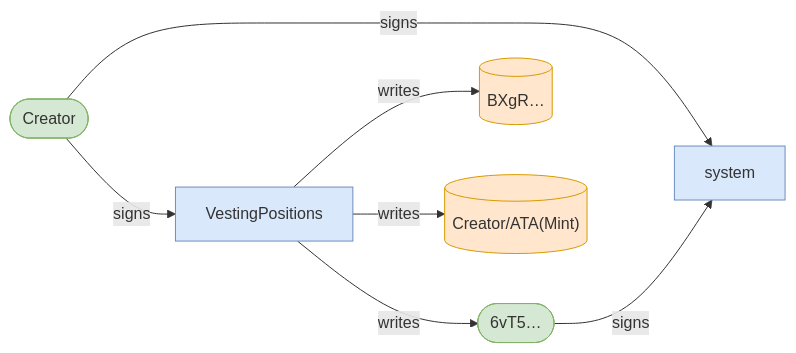
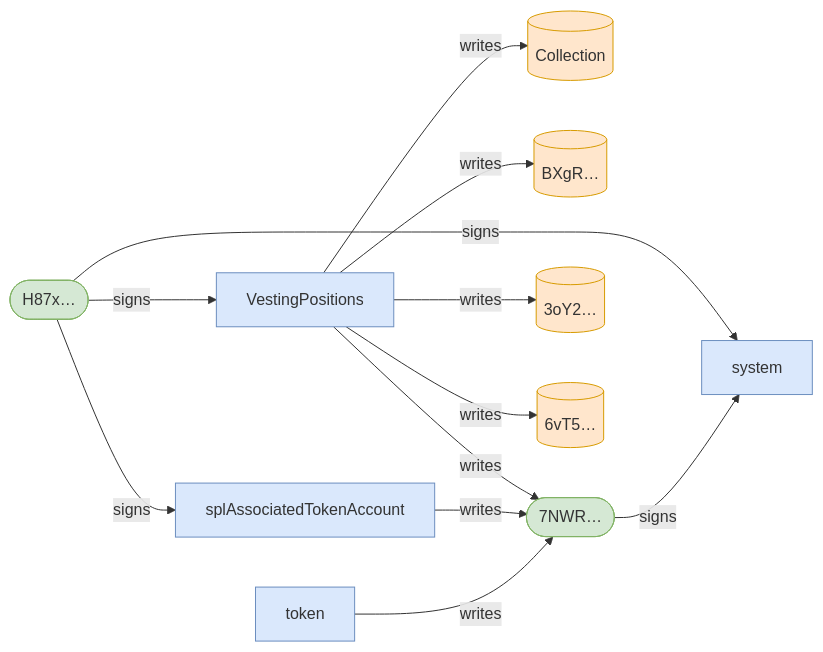
Before and after one commit to cds-turbin3/vesting-position: the second of 3 diagrams in babelfish-tests/test-report/clawback_unclaimed_recovers_allocation_and_blocks_claim.md, drawn with Mermaid. The commit also changed other lines of this file and 50 other files, not shown here.

````diff
--- a/babelfish-tests/test-report/clawback_unclaimed_recovers_allocation_and_blocks_claim.md
+++ b/babelfish-tests/test-report/clawback_unclaimed_recovers_allocation_and_blocks_claim.md
@@ -21,18 +39,27 @@
 ```mermaid
 flowchart LR
     VestingPositions["VestingPositions"]:::program
-    Creator(["Creator"]):::signer
-    6vT5(["6vT5…"]):::signer
+    H87x(["H87x…"]):::signer
+    Collection[("Collection")]:::state
     BXgR[("BXgR…")]:::state
-    CreatorATAMint[("Creator/ATA(Mint)")]:::state
+    7NWR(["7NWR…"]):::signer
+    3oY2[("3oY2…")]:::state
+    6vT5[("6vT5…")]:::state
+    splAssociatedTokenAccount["splAssociatedTokenAccount"]:::program
+    token["token"]:::program
     system["system"]:::program
-    Creator -->|signs| VestingPositions
+    H87x -->|signs| VestingPositions
+    VestingPositions -->|writes| Collection
+    VestingPositions -->|writes| BXgR
+    VestingPositions -->|writes| 7NWR
+    VestingPositions -->|writes| 3oY2
     VestingPositions -->|writes| 6vT5
-    VestingPositions -->|writes| BXgR
-    VestingPositions -->|writes| CreatorATAMint
-    Creator -->|signs| system
-    6vT5 -->|signs| system
+    H87x -->|signs| splAssociatedTokenAccount
+    splAssociatedTokenAccount -->|writes| 7NWR
+    H87x -->|signs| system
+    7NWR -->|signs| system
+    token -->|writes| 7NWR
     classDef program fill:#dae8fc,stroke:#6c8ebf;
     classDef signer fill:#d5e8d4,stroke:#82b366;
     classDef state fill:#ffe6cc,stroke:#d79b00;
 ```
````
